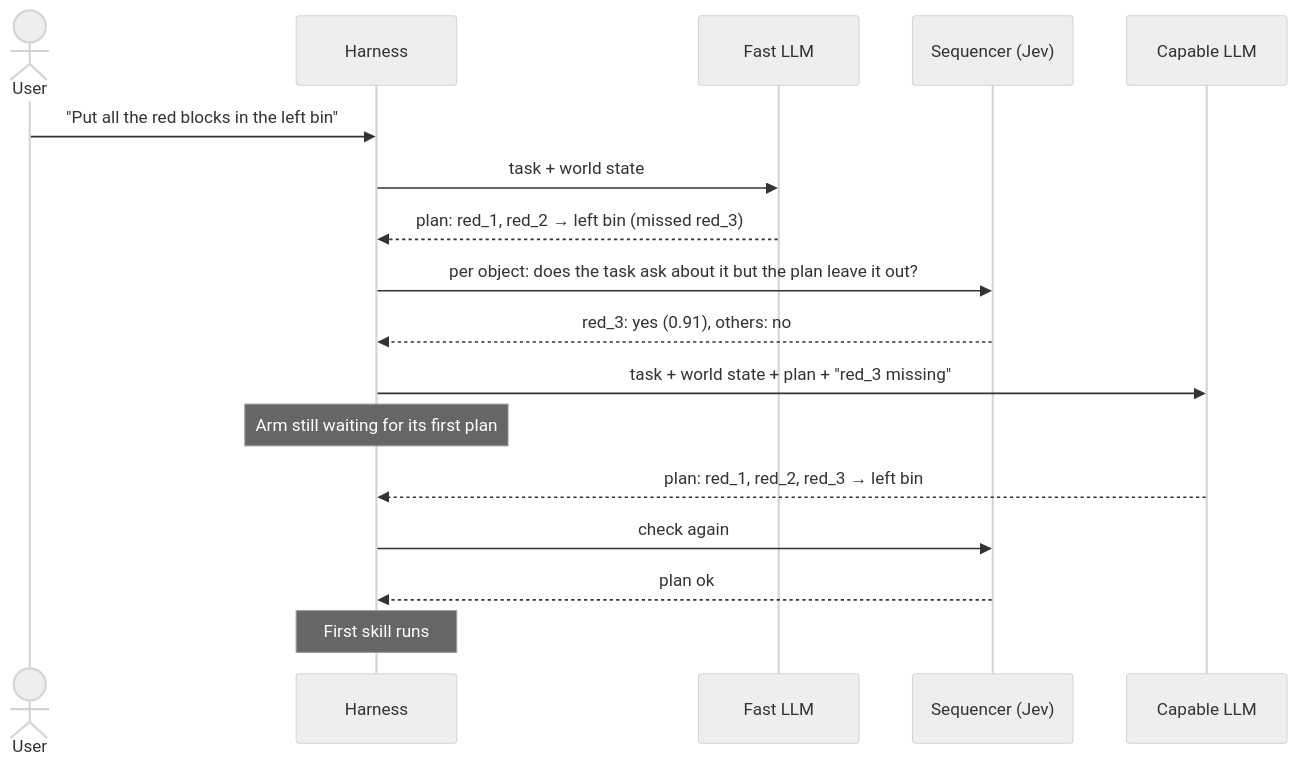
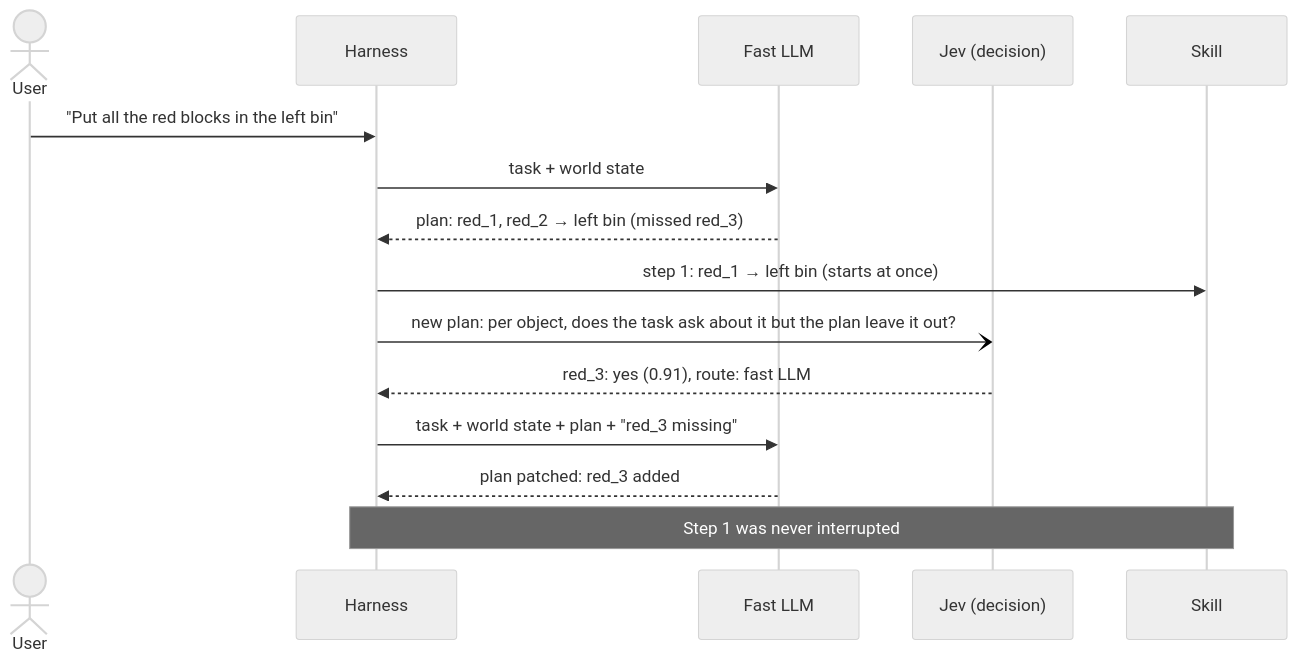
Before and after one commit to alee792/robojev: the sixth of 7 diagrams in docs/v2-diagrams.md, drawn with Mermaid (neutral theme). The commit also changed other lines of this file and 1 other file, not shown here.

First line of the commit message:
v2: one decision per event (right-now, in-plan fix, route in one Jev request), episodes, no variants prepared up front, plan check runs in parallel with the first step; diagrams redrawn

````diff
--- a/docs/v2-diagrams.md
+++ b/docs/v2-diagrams.md
@@ -184,20 +176,18 @@
 ```mermaid
 sequenceDiagram
     actor U as User
     participant H as Harness
-    participant P1 as Fast LLM
-    participant S as Sequencer (Jev)
-    participant P2 as Capable LLM
+    participant L as Fast LLM
+    participant J as Jev (decision)
+    participant K as Skill
 
     U->>H: "Put all the red blocks in the left bin"
-    H->>P1: task + world state
-    P1-->>H: plan: red_1, red_2 → left bin (missed red_3)
-    H->>S: per object: does the task ask about it but the plan leave it out?
-    S-->>H: red_3: yes (0.91), others: no
-    H->>P2: task + world state + plan + "red_3 missing"
-    Note over H: Arm still waiting for its first plan
-    P2-->>H: plan: red_1, red_2, red_3 → left bin
-    H->>S: check again
-    S-->>H: plan ok
-    Note over H: First skill runs
+    H->>L: task + world state
+    L-->>H: plan: red_1, red_2 → left bin (missed red_3)
+    H->>K: step 1: red_1 → left bin (starts at once)
+    H-)J: new plan: per object, does the task ask about it but the plan leave it out?
+    J-->>H: red_3: yes (0.91), route: fast LLM
+    H->>L: task + world state + plan + "red_3 missing"
+    L-->>H: plan patched: red_3 added
+    Note over H,K: Step 1 was never interrupted
 ```
````
